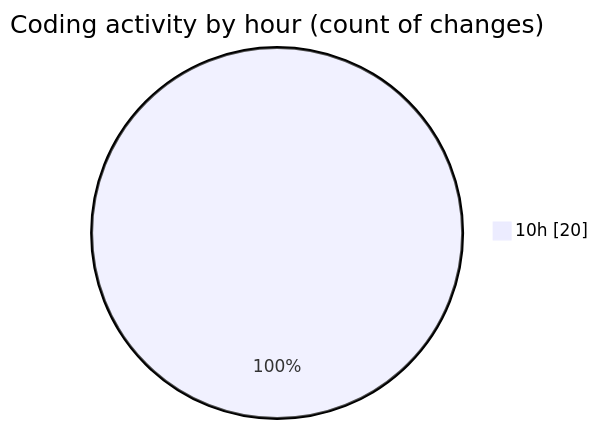
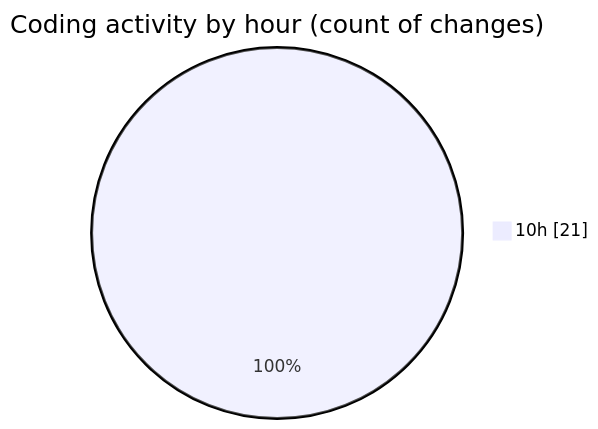
One commit to momahboobian/code-tracking changed the second of 2 diagrams in 2025-08-27/cda/README.md. Above: the diagram before and after it, drawn with Mermaid. The commit also changed other lines of this file and 1 other file, not shown here.

````diff
--- a/2025-08-27/cda/README.md
+++ b/2025-08-27/cda/README.md
@@ -36,5 +36,5 @@
 ```mermaid
 pie showData
 title Coding activity by hour (count of changes)
-"10h" : 20
+"10h" : 21
 ```
````
